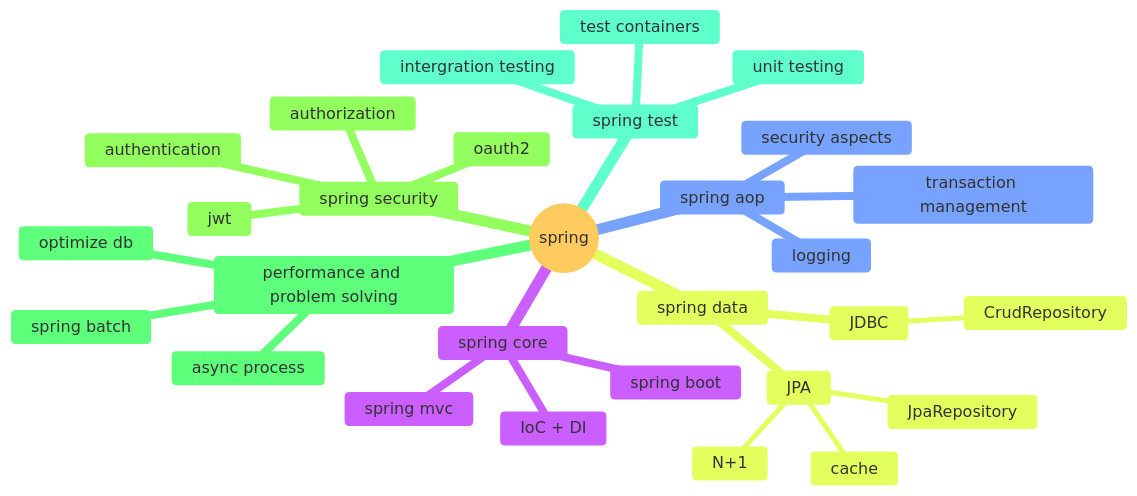
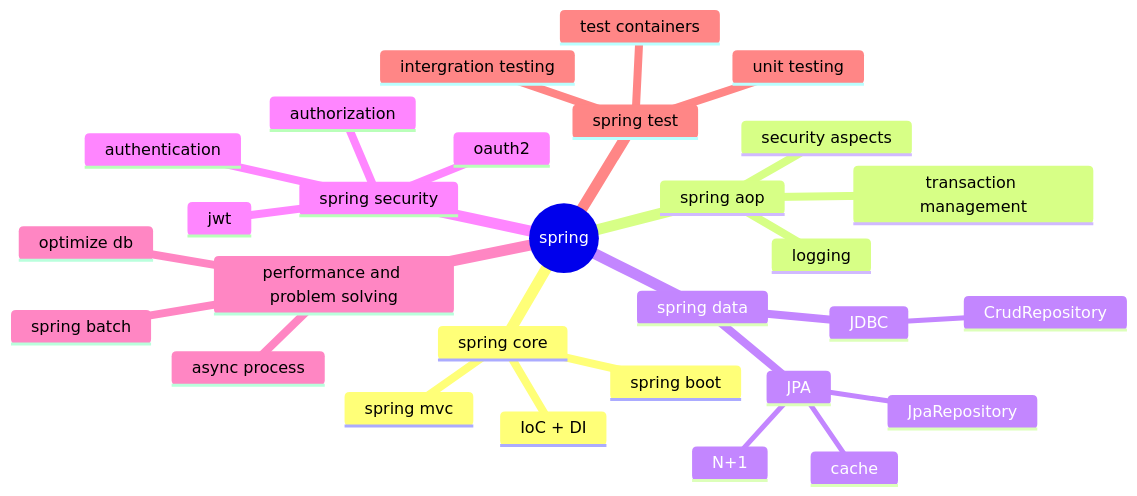
The diagram in 스프링을 잘한다의 정의.md (akiraei/study), drawn with Mermaid before and after one commit.

Commit message:
vault backup: 2024-12-05 16:19:06

````diff
--- a/스프링을 잘한다의 정의.md
+++ b/스프링을 잘한다의 정의.md
@@ -2,33 +2,33 @@
 ```mermaid
-%%{init: {'theme': 'base'}}%%
+%%{init: {'theme': 'default'}}%%
 mindmap
 	root((spring))
 		spring core
 			IoC + DI
 			spring mvc
 			spring boot
 		spring aop
 			logging
 			transaction management
 			security aspects
 		spring data
 			JPA
 				JpaRepository
 				N+1
 				cache
 			JDBC
 				CrudRepository
 		spring security
 			authentication
 			authorization
 			oauth2
 			jwt
 		performance and problem solving
 		    async process
 		    optimize db
 		    spring batch
 		spring test
 			unit testing
 			intergration testing
 			test containers
 ```
````
